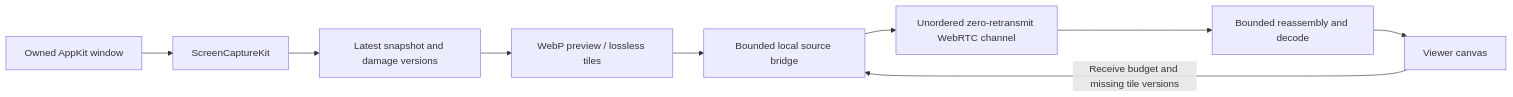
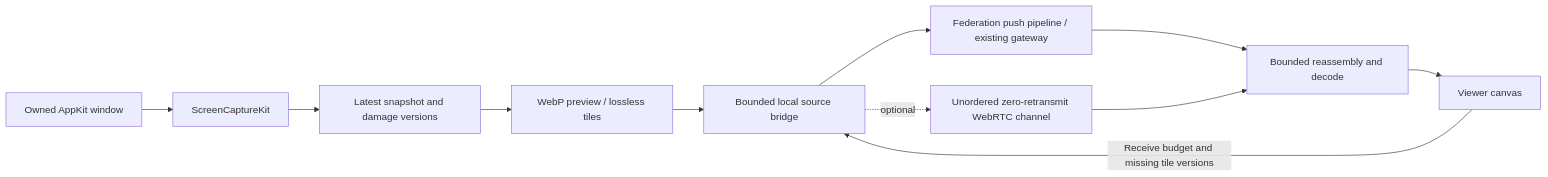
The diagram in scripts/remote-window-prototype/datagrams/README.md (pwrdrvr/PwrAgent), drawn with Mermaid before and after one commit. The commit also changed other lines of this file and 16 other files, not shown here.

Commit message:
feat(desktop): add bounded Federation push route for window prototype

````diff
--- a/scripts/remote-window-prototype/datagrams/README.md
+++ b/scripts/remote-window-prototype/datagrams/README.md
@@ -46,11 +51,13 @@
 ```mermaid
 flowchart LR
   A[Owned AppKit window] --> B[ScreenCaptureKit]
   B --> C[Latest snapshot and damage versions]
   C --> D[WebP preview / lossless tiles]
   D --> E[Bounded local source bridge]
-  E --> F[Unordered zero-retransmit WebRTC channel]
+  E --> F[Federation push pipeline / existing gateway]
+  E -. optional .-> U[Unordered zero-retransmit WebRTC channel]
   F --> G[Bounded reassembly and decode]
+  U --> G
   G --> H[Viewer canvas]
   H -->|Receive budget and missing tile versions| E
 ```
````
